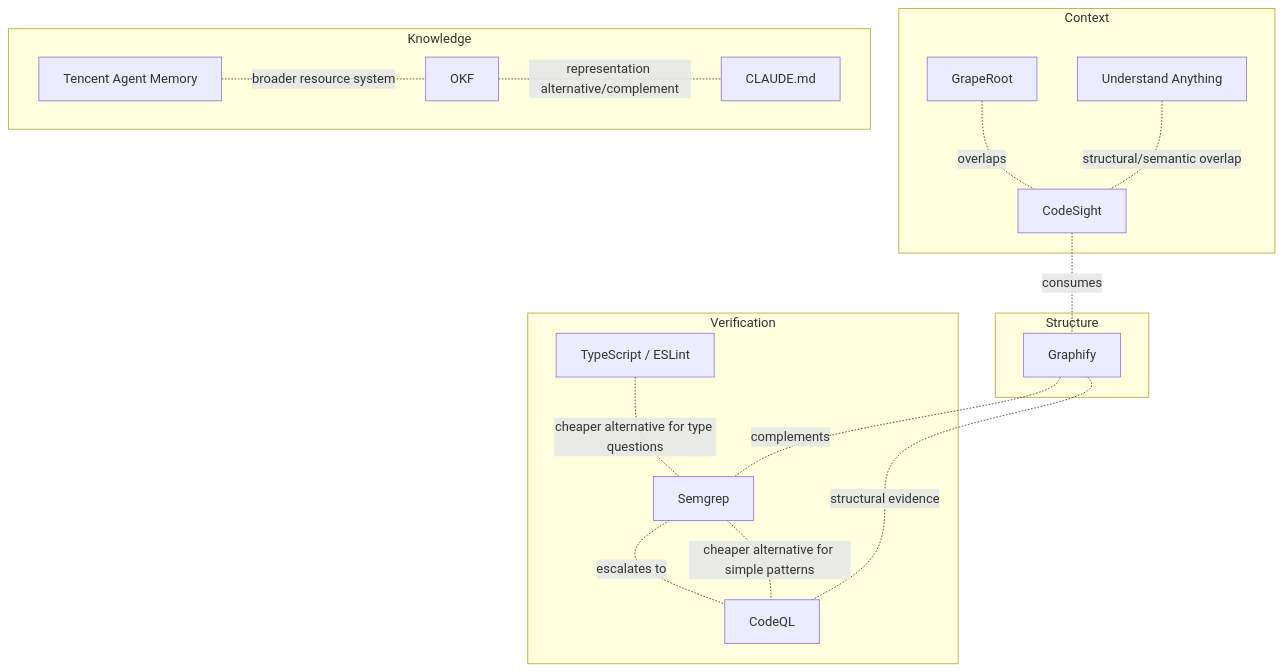
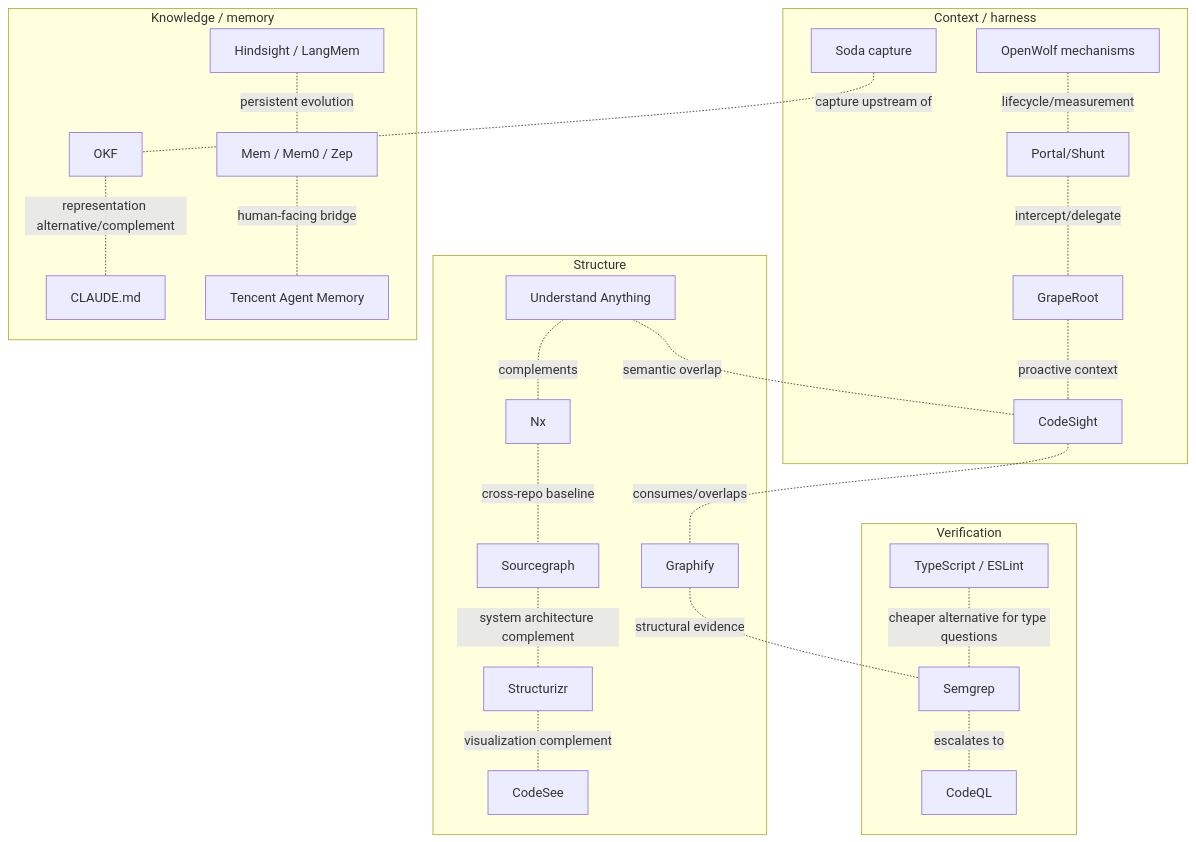
Before and after one commit to alexEnsimag/eoks: the second of 2 diagrams in docs/tool-landscape.md, drawn with Mermaid. The commit also changed other lines of this file, not shown here.

````diff
--- a/docs/tool-landscape.md
+++ b/docs/tool-landscape.md
@@ -265,36 +301,50 @@
 ```mermaid
 flowchart TD
-    subgraph Context[Context]
+    subgraph Context[Context / harness]
       GR[GrapeRoot]
       CS[CodeSight]
-      XA[Understand Anything]
+      SH[Portal/Shunt]
+      OW[OpenWolf mechanisms]
+      Soda[Soda capture]
     end
 
     subgraph Structure[Structure]
       GF[Graphify]
-      XA
+      XA[Understand Anything]
+      NX[Nx]
+      SG[Sourcegraph]
+      ST[Structurizr]
+      CM[CodeSee]
     end
 
     subgraph Verify[Verification]
       TS[TypeScript / ESLint]
-      SG[Semgrep]
+      SEM[Semgrep]
       CQ[CodeQL]
     end
 
-    subgraph Knowledge[Knowledge]
+    subgraph Knowledge[Knowledge / memory]
       OKF[OKF]
       CMD[CLAUDE.md]
       TM[Tencent Agent Memory]
+      MEM[Mem / Mem0 / Zep]
+      H[Hindsight / LangMem]
     end
 
-    GR -. overlaps .- CS
-    CS -. consumes .- GF
-    GF -. complements .- SG
-    SG -. escalates to .- CQ
-    TS -. cheaper alternative for type questions .- SG
-    SG -. cheaper alternative for simple patterns .- CQ
+    GR -. proactive context .- CS
+    SH -. intercept/delegate .- GR
+    OW -. lifecycle/measurement .- SH
+    Soda -. capture upstream of .- OKF
+    CS -. consumes/overlaps .- GF
+    XA -. semantic overlap .- CS
+    XA -. complements .- NX
+    NX -. cross-repo baseline .- SG
+    SG -. system architecture complement .- ST
+    ST -. visualization complement .- CM
+    GF -. structural evidence .- SEM
+    SEM -. escalates to .- CQ
+    TS -. cheaper alternative for type questions .- SEM
     OKF -. representation alternative/complement .- CMD
-    TM -. broader resource system .- OKF
-    GF -. structural evidence .- CQ
-    XA -. structural/semantic overlap .- CS
+    H -. persistent evolution .- MEM
+    MEM -. human-facing bridge .- TM
 ```
````
